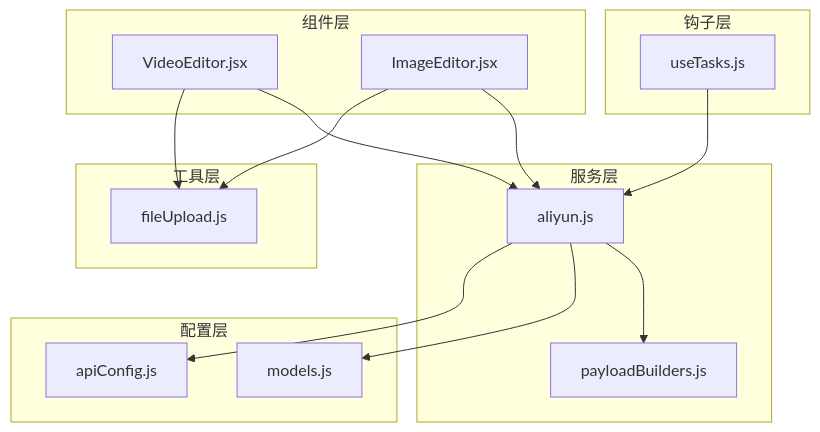
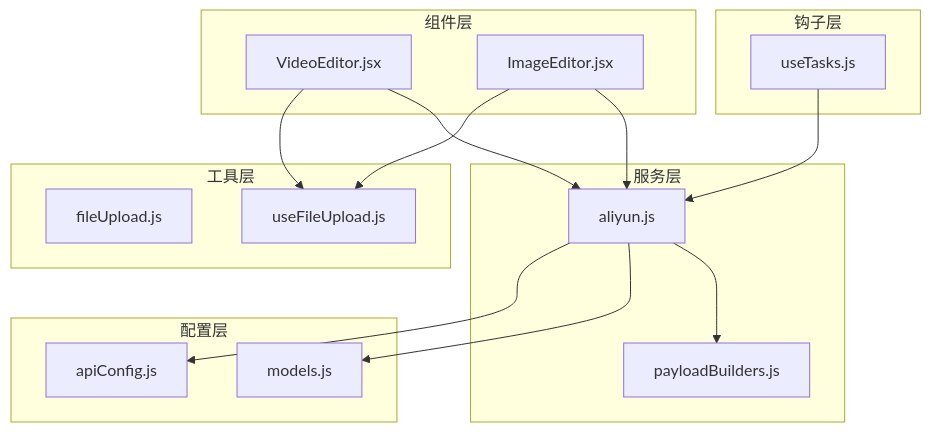
The first of 8 diagrams in .qoder/repowiki/zh/content/架构设计/组件架构/生成器组件/媒体编辑器.md (alex0001yyy/wan-app), drawn with Mermaid before and after one commit. The commit also changed other lines of this file and 35 other files, not shown here.

````diff
--- a/.qoder/repowiki/zh/content/架构设计/组件架构/生成器组件/媒体编辑器.md
+++ b/.qoder/repowiki/zh/content/架构设计/组件架构/生成器组件/媒体编辑器.md
@@ -43,29 +52,30 @@
 ```mermaid
 graph TB
 subgraph "组件层"
 VE["VideoEditor.jsx"]
 IE["ImageEditor.jsx"]
 end
 subgraph "服务层"
 ALI["aliyun.js"]
 PB["payloadBuilders.js"]
 end
 subgraph "配置层"
 MODELS["models.js"]
 CFG["apiConfig.js"]
 end
 subgraph "工具层"
 FU["fileUpload.js"]
+UFU["useFileUpload.js"]
 end
 subgraph "钩子层"
 UT["useTasks.js"]
 end
 VE --> ALI
 IE --> ALI
 ALI --> PB
 ALI --> MODELS
 ALI --> CFG
-IE --> FU
-VE --> FU
+IE --> UFU
+VE --> UFU
 UT --> ALI
 ```
````
